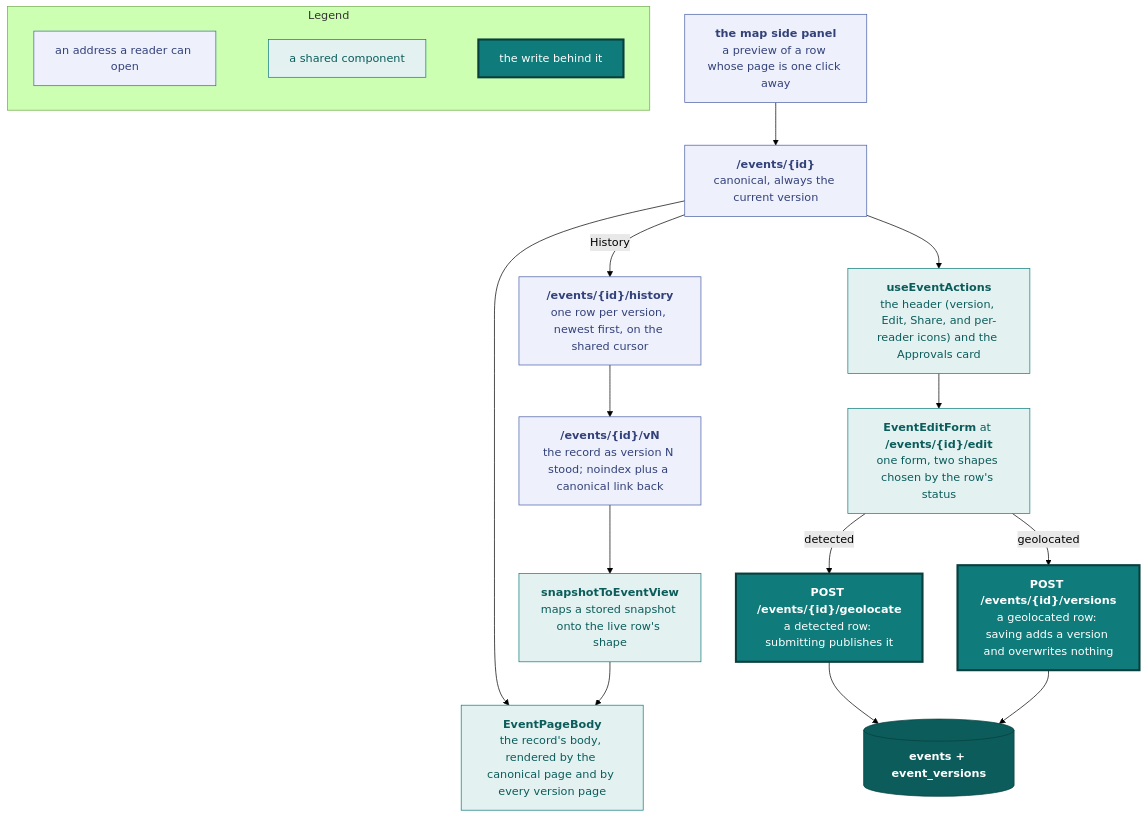
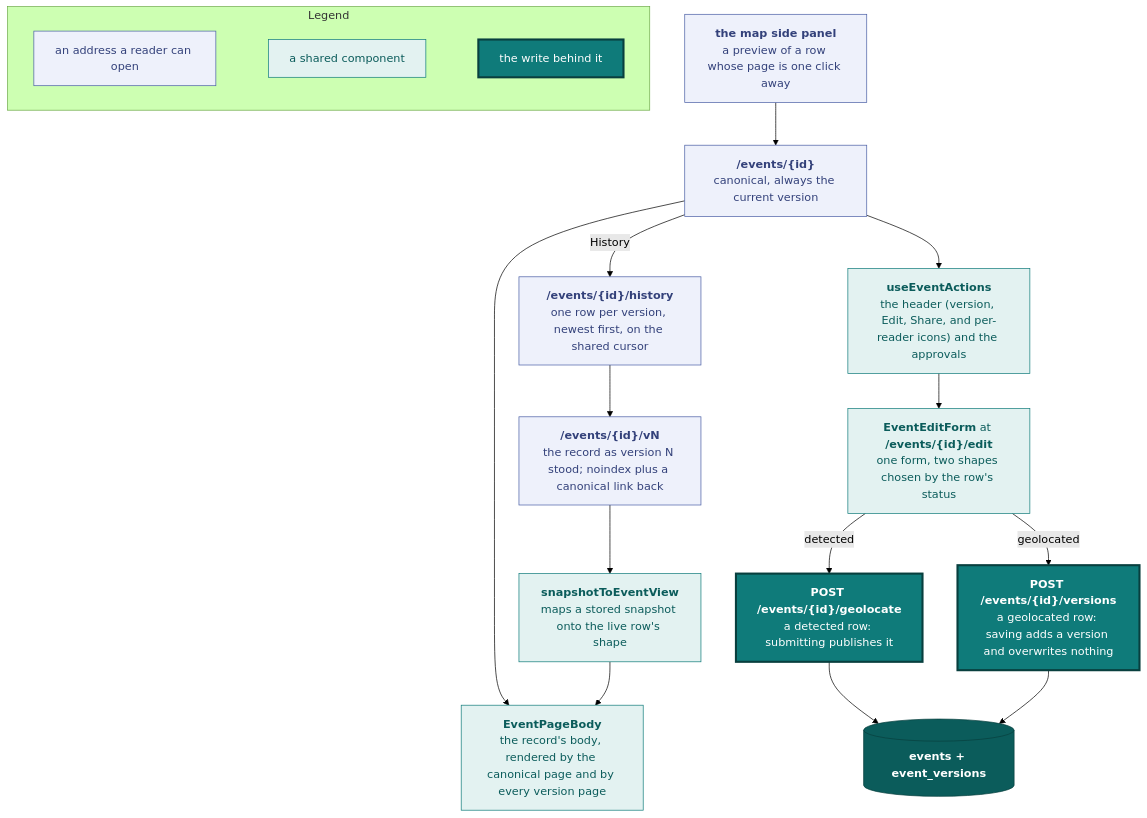
One commit to vidithq/vidit changed the fifth of 13 diagrams in docs/design.md. Above: the diagram before and after it, drawn with Mermaid (forest theme). The commit also changed other lines of this file and 23 other files, not shown here.

First line of the commit message:
feat(frontend): show approvals under the event actions without a card

````diff
--- a/docs/design.md
+++ b/docs/design.md
@@ -611,51 +611,51 @@
 ```mermaid
 flowchart TB
   classDef spec fill:#eef1fb,stroke:#4a5fa5,color:#33417a
   classDef shared fill:#e3f2f1,stroke:#0f7b7a,color:#0b5c5b
   classDef core fill:#0f7b7a,stroke:#083f3e,stroke-width:3px,color:#ffffff
   classDef store fill:#0b5c5b,stroke:#083f3e,color:#ffffff
 
   subgraph legend [Legend]
     direction LR
     l1["`an address a reader can open`"]:::spec
     l2["`a shared component`"]:::shared
     l3["`the write behind it`"]:::core
     l1 ~~~ l2 ~~~ l3
   end
 
   canonical["`**/events/{id}**
   canonical, always the current version`"]:::spec
   history["`**/events/{id}/history**
   one row per version, newest first, on the shared cursor`"]:::spec
   vn["`**/events/{id}/vN**
   the record as version N stood; noindex plus a canonical link back`"]:::spec
   panel["`**the map side panel**
   a preview of a row whose page is one click away`"]:::spec
 
   body["`**EventPageBody**
   the record's body, rendered by the canonical page and by every version page`"]:::shared
   snap["`**snapshotToEventView**
   maps a stored snapshot onto the live row's shape`"]:::shared
   actions["`**useEventActions**
-  the header (version, Edit, Share, and per-reader icons) and the Approvals card`"]:::shared
+  the header (version, Edit, Share, and per-reader icons) and the approvals`"]:::shared
   form["`**EventEditForm** at **/events/{id}/edit**
   one form, two shapes chosen by the row's status`"]:::shared
 
   geo["`**POST /events/{id}/geolocate**
   a detected row: submitting publishes it`"]:::core
   ver["`**POST /events/{id}/versions**
   a geolocated row: saving adds a version and overwrites nothing`"]:::core
   rows[("`**events + event_versions**`")]:::store
 
   canonical --> body
   vn --> snap --> body
   canonical --> actions
   history --> vn
   canonical -->|"History"| history
   actions --> form
   panel --> canonical
   form -->|"detected"| geo
   form -->|"geolocated"| ver
   geo --> rows
   ver --> rows
 ```
````
